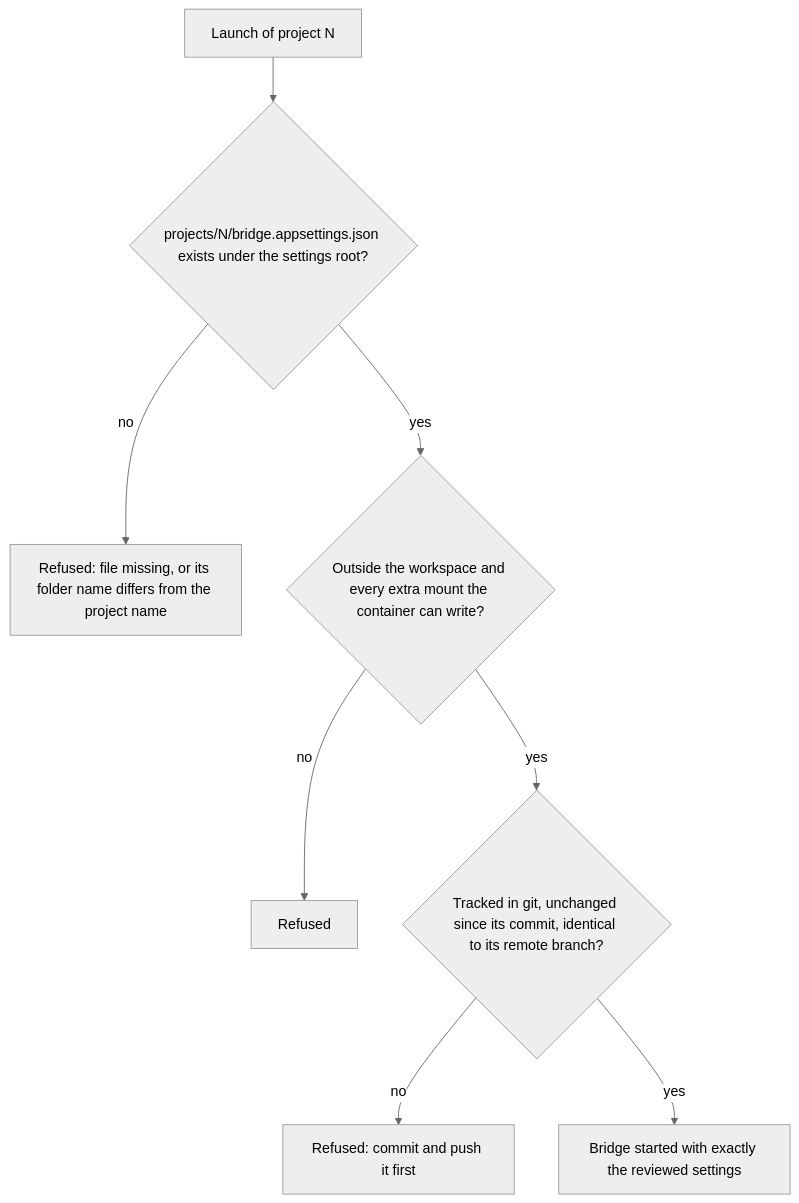
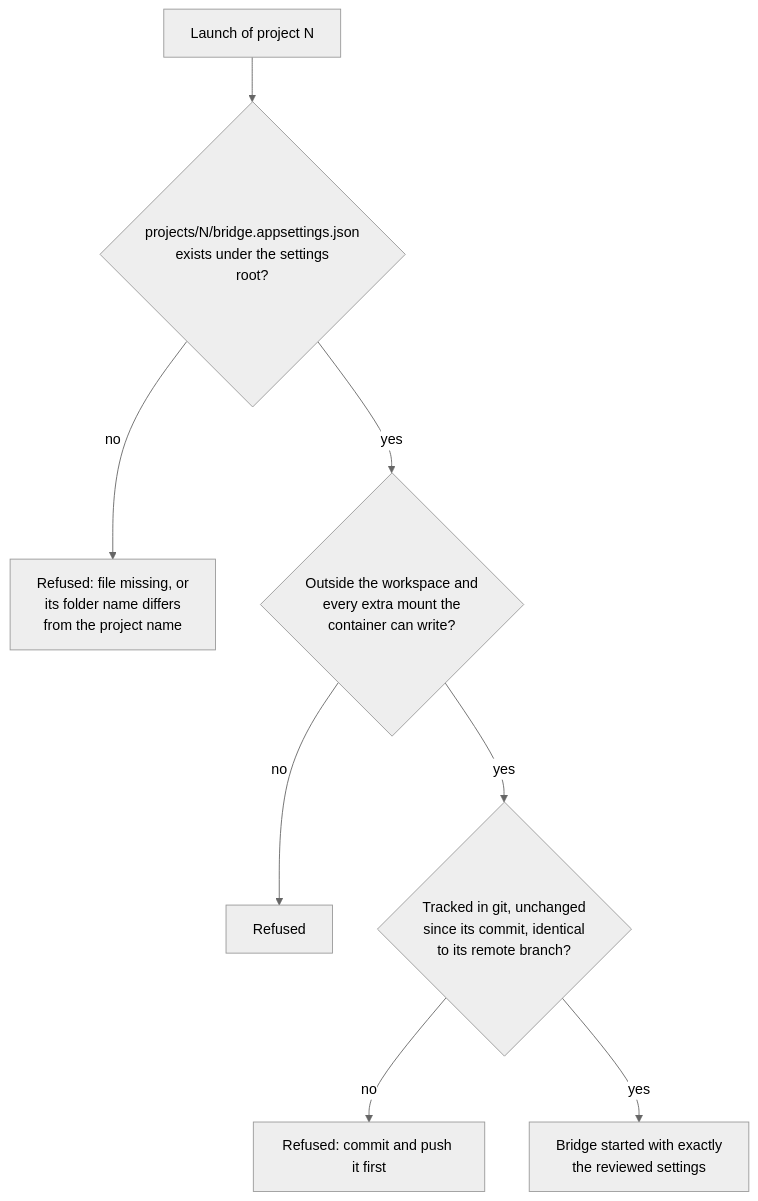
The second of 2 diagrams in docs/INSTALL_AND_CONFIG.md (DogmaSolutions/Kyklos), drawn with Mermaid (neutral theme) before and after one commit. The commit also changed other lines of this file and 38 other files, not shown here.

````diff
--- a/docs/INSTALL_AND_CONFIG.md
+++ b/docs/INSTALL_AND_CONFIG.md
@@ -376,10 +376,10 @@
 ```mermaid
 flowchart TD
-    L["Launch of project N"] --> F{"projects/N/bridge.appsettings.json exists under the settings root?"}
-    F -->|"no"| X1["Refused: file missing, or its folder name differs from the project name"]
-    F -->|"yes"| O{"Outside the workspace and every extra mount the container can write?"}
+    L["Launch of project N"] --> F{"projects/N/bridge.appsettings.json<br/>exists under the settings<br/>root?"}
+    F -->|"no"| X1["Refused: file missing, or<br/>its folder name differs<br/>from the project name"]
+    F -->|"yes"| O{"Outside the workspace and<br/>every extra mount the<br/>container can write?"}
     O -->|"no"| X2["Refused"]
-    O -->|"yes"| T{"Tracked in git, unchanged since its commit, identical to its remote branch?"}
+    O -->|"yes"| T{"Tracked in git, unchanged<br/>since its commit, identical<br/>to its remote branch?"}
     T -->|"no"| X3["Refused: commit and push it first"]
-    T -->|"yes"| B["Bridge started with exactly the reviewed settings"]
+    T -->|"yes"| B["Bridge started with exactly<br/>the reviewed settings"]
 ```
````
